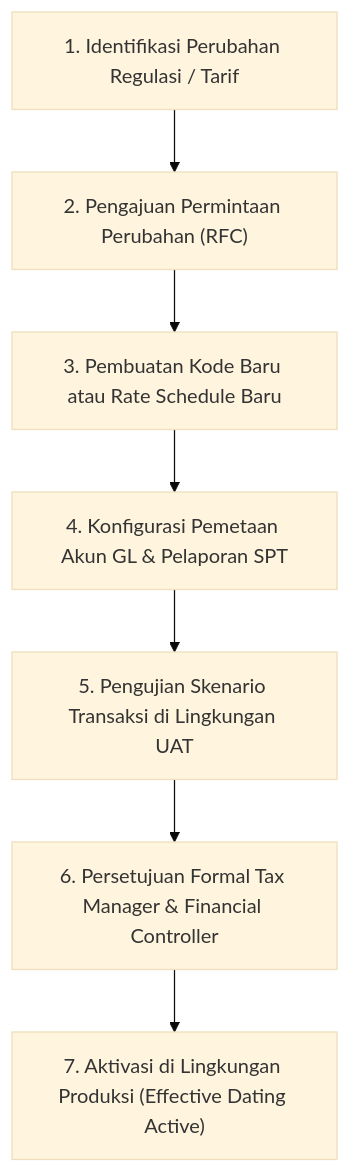
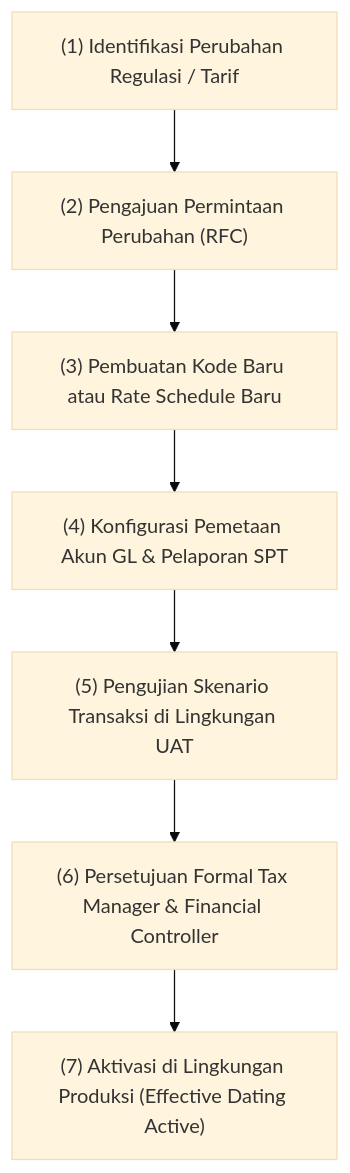
Before and after one commit to alimurrofid/erp-notes: the second of 2 diagrams in content/11-tax/tax-master-data-and-tax-code.md, drawn with Mermaid (base theme). The commit also changed 132 other files, not shown here.

````diff
--- a/content/11-tax/tax-master-data-and-tax-code.md
+++ b/content/11-tax/tax-master-data-and-tax-code.md
@@ -114,9 +114,9 @@
 ```mermaid
 flowchart TD
-    A["1. Identifikasi Perubahan Regulasi / Tarif"] --> B["2. Pengajuan Permintaan Perubahan (RFC)"]
-    B --> C["3. Pembuatan Kode Baru atau Rate Schedule Baru"]
-    C --> D["4. Konfigurasi Pemetaan Akun GL & Pelaporan SPT"]
-    D --> E["5. Pengujian Skenario Transaksi di Lingkungan UAT"]
-    E --> F["6. Persetujuan Formal Tax Manager & Financial Controller"]
-    F --> G["7. Aktivasi di Lingkungan Produksi (Effective Dating Active)"]
+    A["(1) Identifikasi Perubahan Regulasi / Tarif"] --> B["(2) Pengajuan Permintaan Perubahan (RFC)"]
+    B --> C["(3) Pembuatan Kode Baru atau Rate Schedule Baru"]
+    C --> D["(4) Konfigurasi Pemetaan Akun GL & Pelaporan SPT"]
+    D --> E["(5) Pengujian Skenario Transaksi di Lingkungan UAT"]
+    E --> F["(6) Persetujuan Formal Tax Manager & Financial Controller"]
+    F --> G["(7) Aktivasi di Lingkungan Produksi (Effective Dating Active)"]
 ```
````
